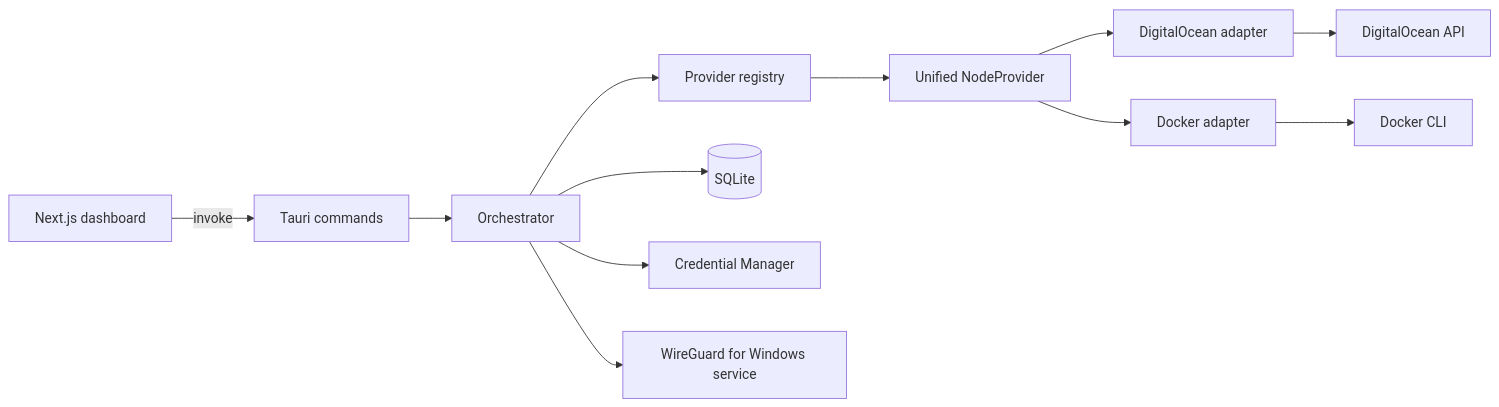
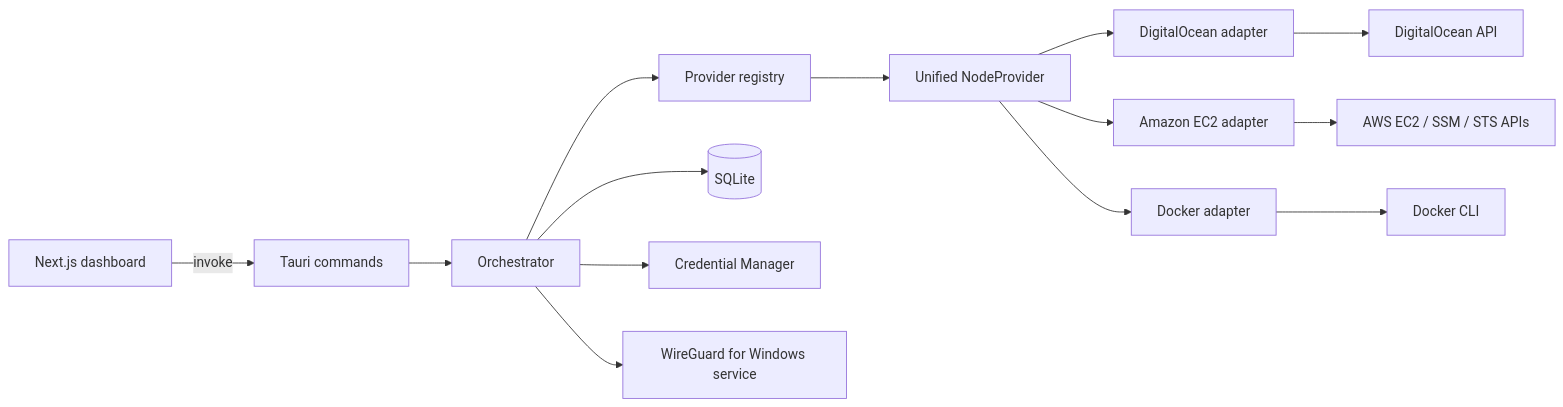
One commit to GoatPxl/blink-vpn changed the diagram in docs/ARCHITECTURE.md. Above: the diagram before and after it, drawn with Mermaid. The commit also changed other lines of this file and 25 other files, not shown here.

````diff
--- a/docs/ARCHITECTURE.md
+++ b/docs/ARCHITECTURE.md
@@ -23,14 +24,16 @@
 ```mermaid
 flowchart LR
   UI[Next.js dashboard] -->|invoke| CMD[Tauri commands]
   CMD --> ORCH[Orchestrator]
   ORCH --> REG[Provider registry]
   REG --> NP[Unified NodeProvider]
   NP --> DO[DigitalOcean adapter]
+  NP --> EC2[Amazon EC2 adapter]
   NP --> DKR[Docker adapter]
   ORCH --> DB[(SQLite)]
   ORCH --> SEC[Credential Manager]
   ORCH --> RUNTIME[WireGuard for Windows service]
   DO --> DOAPI[DigitalOcean API]
+  EC2 --> AWSAPI[AWS EC2 / SSM / STS APIs]
   DKR --> DKRCLI[Docker CLI]
 ```
````
